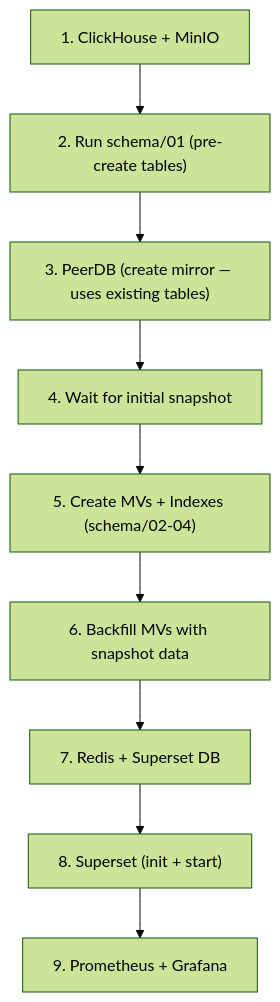
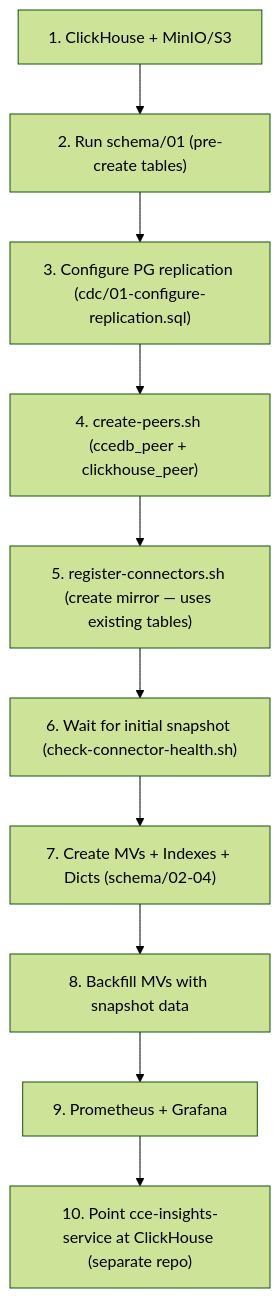
The diagram in docs/deployment-guide.md (Jayaprakash8887/cce-data-pipeline), drawn with Mermaid (forest theme) before and after one commit. The commit also changed other lines of this file and 36 other files, not shown here.

````diff
--- a/docs/deployment-guide.md
+++ b/docs/deployment-guide.md
@@ -179,11 +205,12 @@
 ```mermaid
 flowchart TD
-    A["1. ClickHouse + MinIO"] --> B["2. Run schema/01 (pre-create tables)"]
-    B --> C["3. PeerDB (create mirror — uses existing tables)"]
-    C --> D["4. Wait for initial snapshot"]
-    D --> E["5. Create MVs + Indexes (schema/02-04)"]
-    E --> F["6. Backfill MVs with snapshot data"]
-    F --> G["7. Redis + Superset DB"]
-    G --> H["8. Superset (init + start)"]
-    H --> I["9. Prometheus + Grafana"]
+    A["1. ClickHouse + MinIO/S3"] --> B["2. Run schema/01 (pre-create tables)"]
+    B --> PG["3. Configure PG replication (cdc/01-configure-replication.sql)"]
+    PG --> P["4. create-peers.sh (ccedb_peer + clickhouse_peer)"]
+    P --> C["5. register-connectors.sh (create mirror — uses existing tables)"]
+    C --> D["6. Wait for initial snapshot (check-connector-health.sh)"]
+    D --> E["7. Create MVs + Indexes + Dicts (schema/02-04)"]
+    E --> F["8. Backfill MVs with snapshot data"]
+    F --> I["9. Prometheus + Grafana"]
+    I --> J["10. Point cce-insights-service at ClickHouse (separate repo)"]
 ```
````
